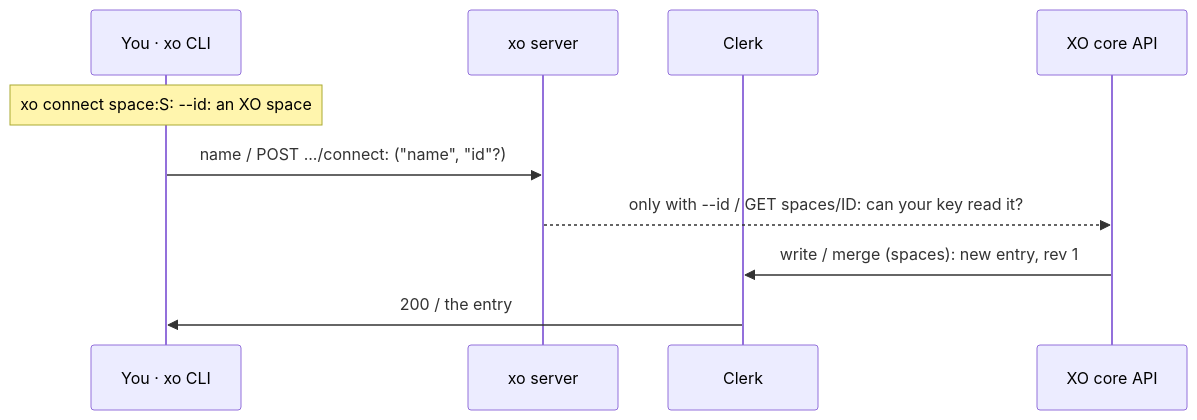
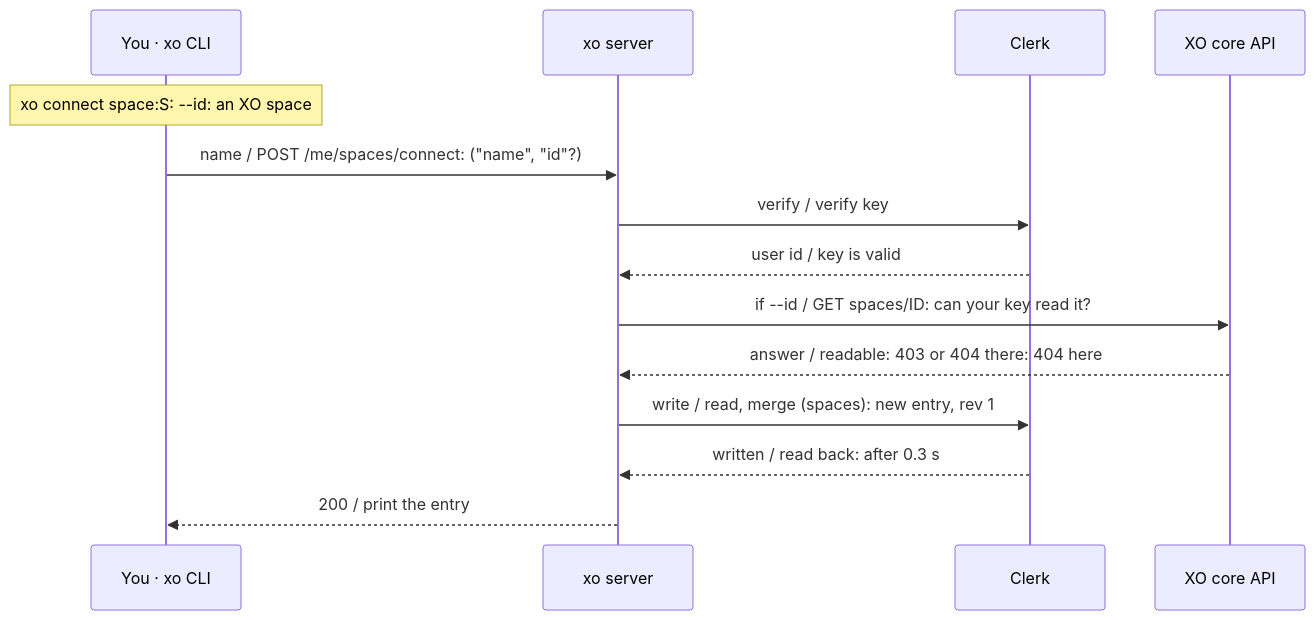
One commit to quirq-ai/xo changed diagram 14 of 32 in docs/architecture.md. Above: the diagram before and after it, drawn with Mermaid. The commit also changed other lines of this file and 10 other files, not shown here.

First line of the commit message:
xo create and architecture: audit fixes on top of #35 and #36

````diff
--- a/docs/architecture.md
+++ b/docs/architecture.md
@@ -303,12 +324,16 @@
 ```mermaid
 sequenceDiagram
   participant Cli as You · xo CLI
   participant Srv as xo server
   participant Clerk as Clerk
   participant Xo as XO core API
   Note over Cli: xo connect space:S: --id: an XO space
-  Cli->>Srv: name / POST .../connect: ("name", "id"?)
-  Srv-->>Xo: only with --id / GET spaces/ID: can your key read it?
-  Xo->>Clerk: write / merge (spaces): new entry, rev 1
-  Clerk->>Cli: 200 / the entry
+  Cli->>Srv: name / POST /me/spaces/connect: ("name", "id"?)
+  Srv->>Clerk: verify / verify key
+  Clerk-->>Srv: user id / key is valid
+  Srv->>Xo: if --id / GET spaces/ID: can your key read it?
+  Xo-->>Srv: answer / readable: 403 or 404 there: 404 here
+  Srv->>Clerk: write / read, merge (spaces): new entry, rev 1
+  Clerk-->>Srv: written / read back: after 0.3 s
+  Srv-->>Cli: 200 / print the entry
 ```
````
